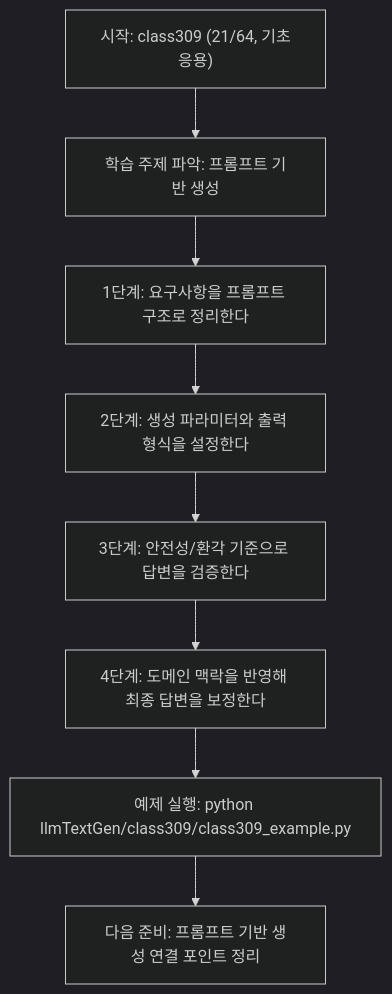
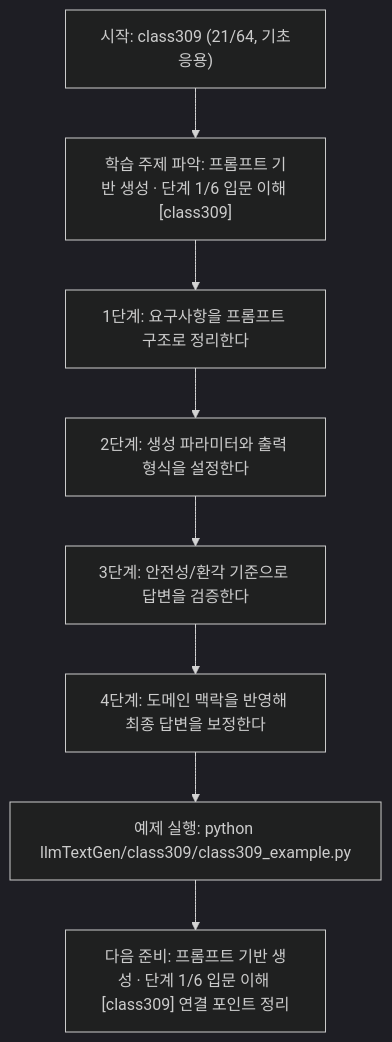
One commit to edumgt/Python-AI_Agent-Class changed the diagram in llmTextGen/class309/class309.md. Above: the diagram before and after it, drawn with Mermaid (dark theme). The commit also changed other lines of this file and 522 other files, not shown here.

````diff
--- a/llmTextGen/class309/class309.md
+++ b/llmTextGen/class309/class309.md
@@ -113,18 +114,18 @@
 ```mermaid
 flowchart TD
 N1["시작: class309 (21/64, 기초응용)"]
-N2["학습 주제 파악: 프롬프트 기반 생성"]
+N2["학습 주제 파악: 프롬프트 기반 생성 · 단계 1/6 입문 이해 [class309]"]
 N3["1단계: 요구사항을 프롬프트 구조로 정리한다"]
 N4["2단계: 생성 파라미터와 출력 형식을 설정한다"]
 N5["3단계: 안전성/환각 기준으로 답변을 검증한다"]
 N6["4단계: 도메인 맥락을 반영해 최종 답변을 보정한다"]
 N7["예제 실행: python llmTextGen/class309/class309_example.py"]
-N8["다음 준비: 프롬프트 기반 생성 연결 포인트 정리"]
+N8["다음 준비: 프롬프트 기반 생성 · 단계 1/6 입문 이해 [class309] 연결 포인트 정리"]
 N1 --> N2
 N2 --> N3
 N3 --> N4
 N4 --> N5
 N5 --> N6
 N6 --> N7
 N7 --> N8
 ```
````
